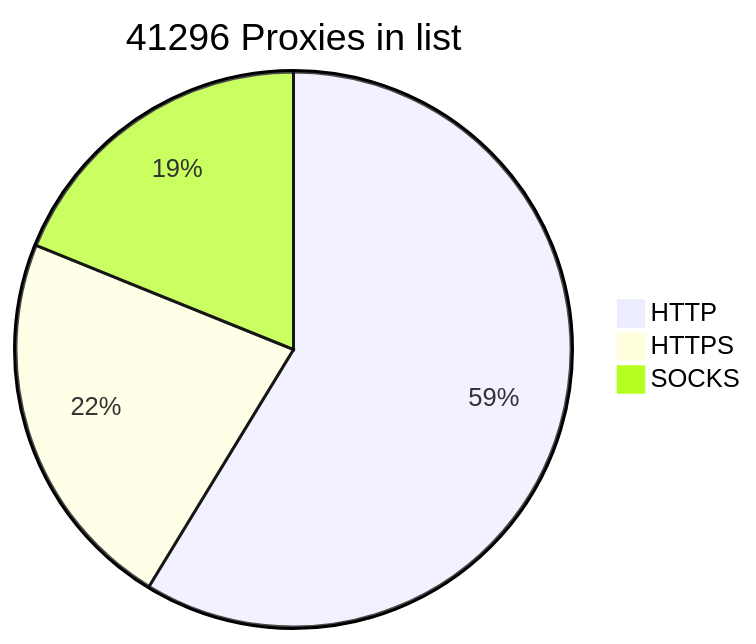
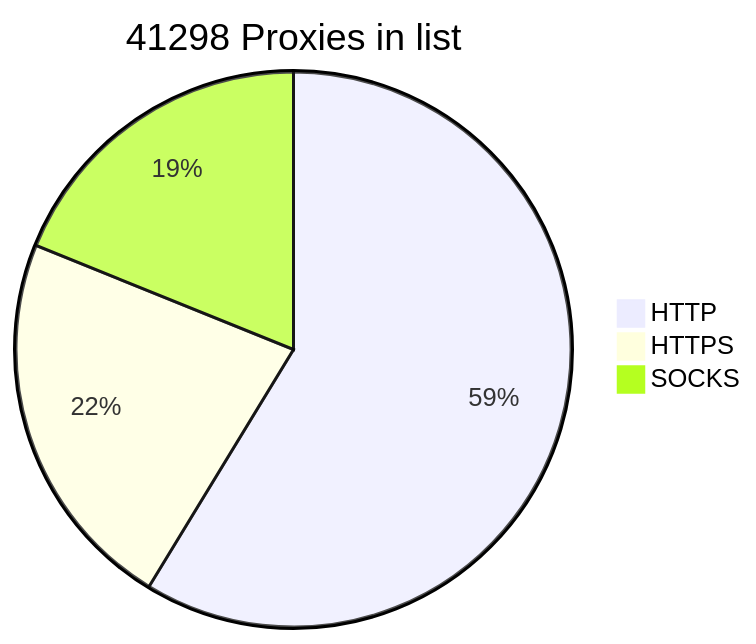
The diagram in README.md (BlackSnowDot/proxylist-update-every-minute), drawn with Mermaid before and after one commit.

````diff
--- a/README.md
+++ b/README.md
@@ -2,6 +2,6 @@
 ```mermaid
-pie title 41296 Proxies in list
+pie title 41298 Proxies in list
     "HTTP" : 28455
     "HTTPS": 10857
-    "SOCKS" : 9151
+    "SOCKS" : 9153
 ```
````
